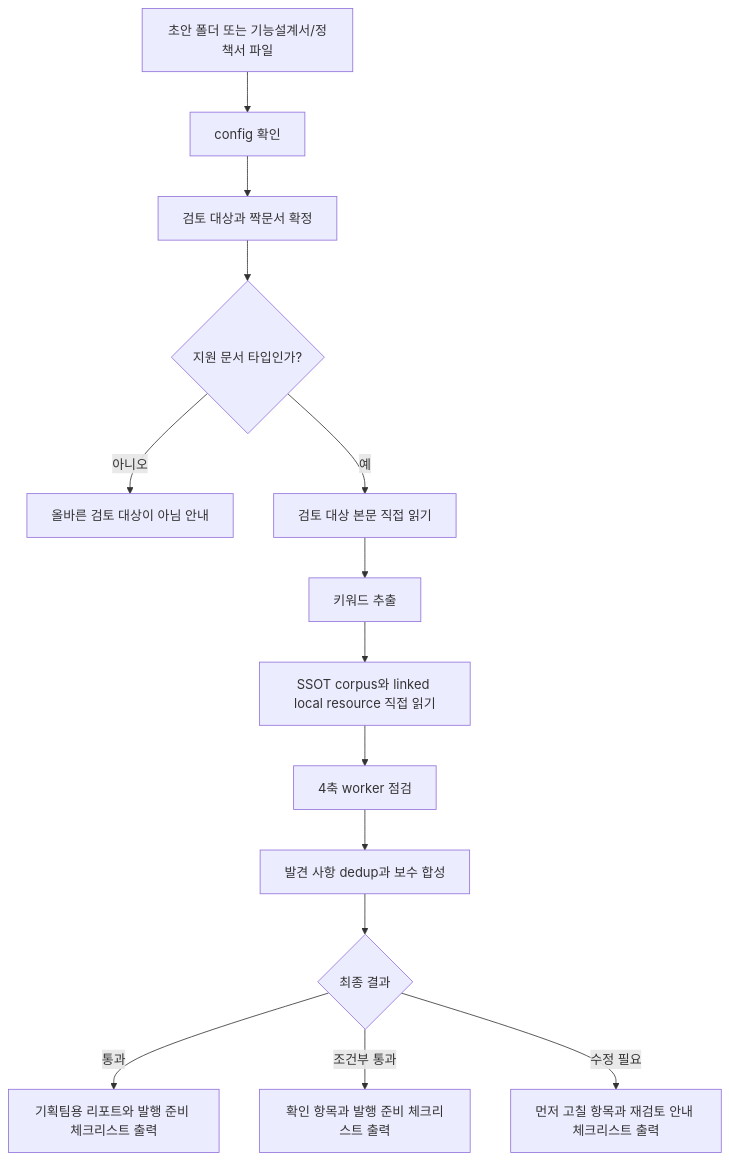
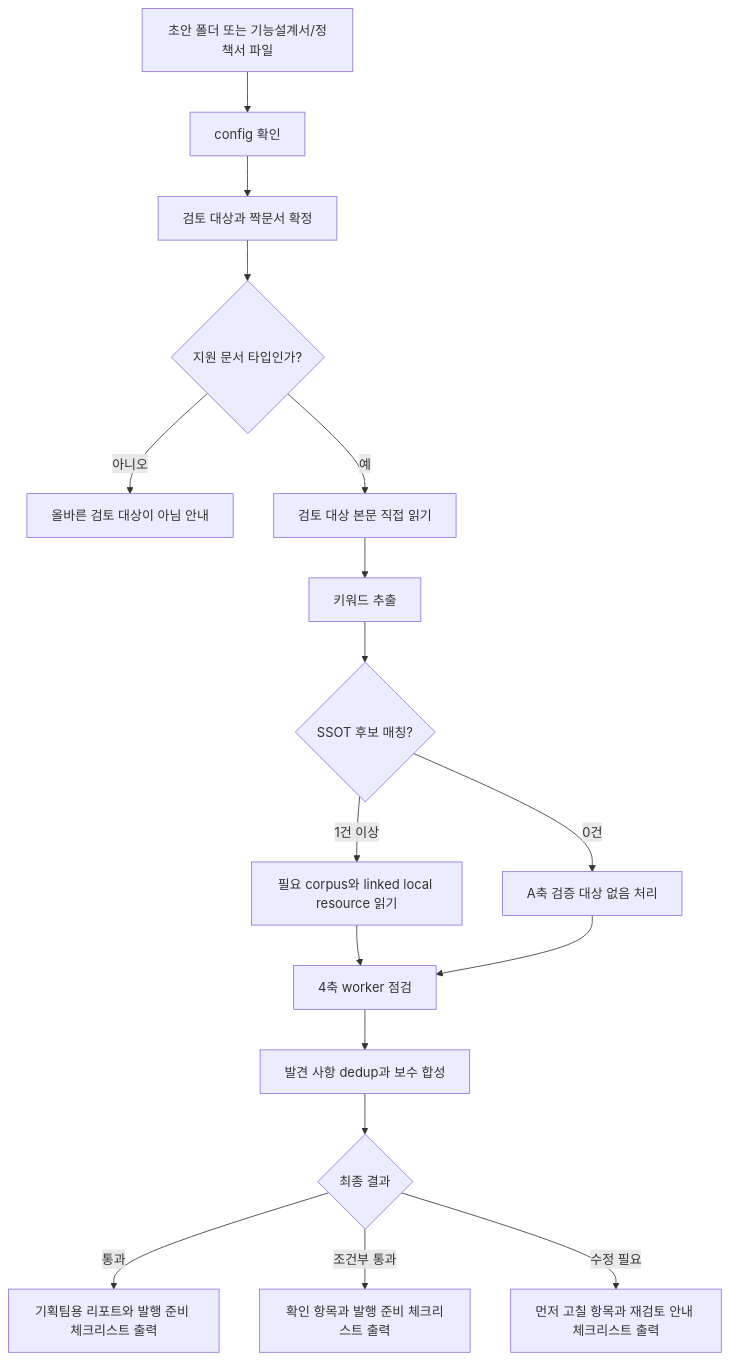
The fourth of 5 diagrams in product-team-kit/docs/skills-workflow.md (inkwonjung-colosseum/plugins), drawn with Mermaid before and after one commit. The commit also changed other lines of this file and 37 other files, not shown here.

````diff
--- a/product-team-kit/docs/skills-workflow.md
+++ b/product-team-kit/docs/skills-workflow.md
@@ -161,16 +168,19 @@
 ```mermaid
 flowchart TD
     A[초안 폴더 또는 기능설계서/정책서 파일] --> B[config 확인]
     B --> C[검토 대상과 짝문서 확정]
     C --> D{지원 문서 타입인가?}
     D -- 아니오 --> E[올바른 검토 대상이 아님 안내]
     D -- 예 --> F[검토 대상 본문 직접 읽기]
     F --> G[키워드 추출]
-    G --> H[SSOT corpus와 linked local resource 직접 읽기]
-    H --> I[4축 worker 점검]
-    I --> J[발견 사항 dedup과 보수 합성]
-    J --> K{최종 결과}
-    K -- 통과 --> L[기획팀용 리포트와 발행 준비 체크리스트 출력]
-    K -- 조건부 통과 --> M[확인 항목과 발행 준비 체크리스트 출력]
-    K -- 수정 필요 --> N[먼저 고칠 항목과 재검토 안내 체크리스트 출력]
+    G --> H{SSOT 후보 매칭?}
+    H -- 1건 이상 --> I[필요 corpus와 linked local resource 읽기]
+    H -- 0건 --> I0[A축 검증 대상 없음 처리]
+    I --> J[4축 worker 점검]
+    I0 --> J
+    J --> K[발견 사항 dedup과 보수 합성]
+    K --> L{최종 결과}
+    L -- 통과 --> M[기획팀용 리포트와 발행 준비 체크리스트 출력]
+    L -- 조건부 통과 --> N[확인 항목과 발행 준비 체크리스트 출력]
+    L -- 수정 필요 --> O[먼저 고칠 항목과 재검토 안내 체크리스트 출력]
 ```
````
